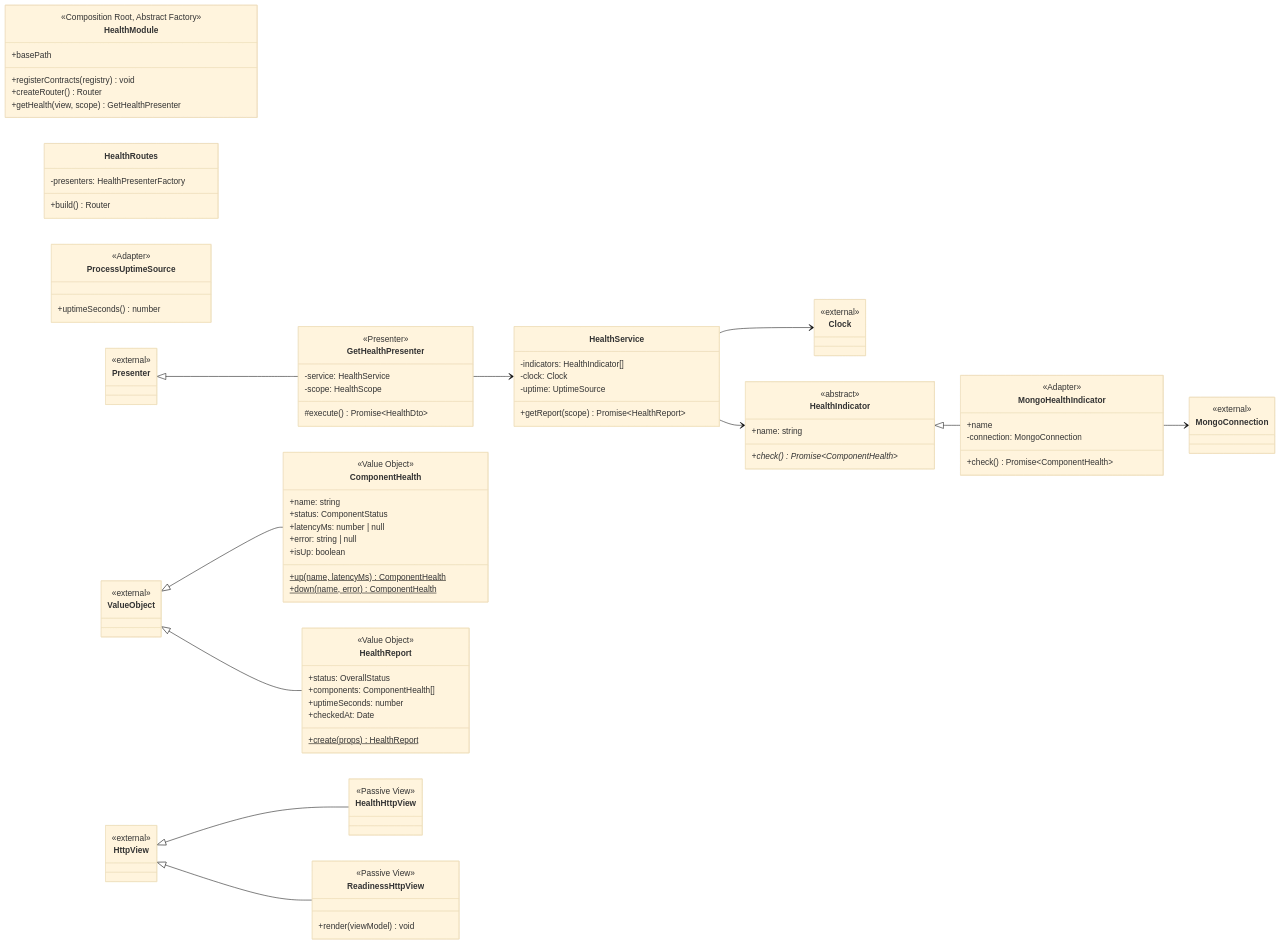
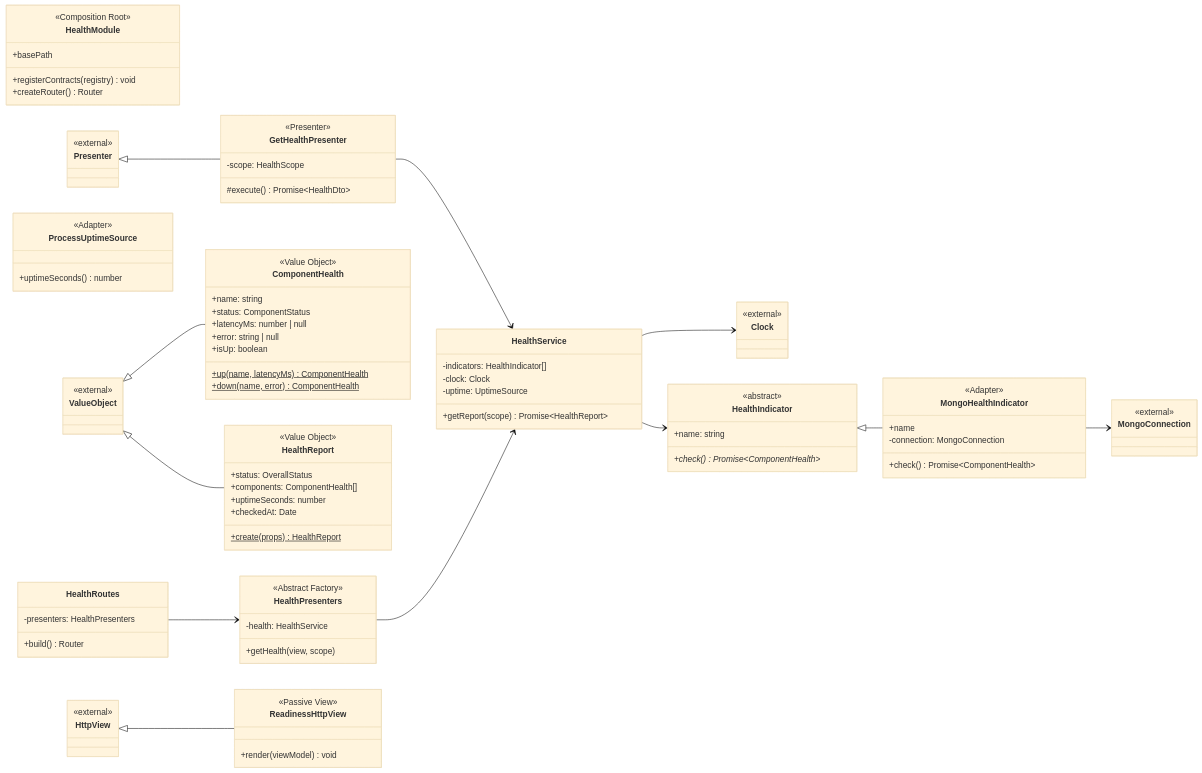
Before and after one commit to Org-Mentora/mentora-diploma: diagram 11 of 16 in docs/architecture/class-diagram.md, drawn with Mermaid (base theme). The commit also changed other lines of this file, not shown here.

Commit message:
docs(architecture): regenerate class diagram

```diff
--- a/docs/architecture/class-diagram.md
+++ b/docs/architecture/class-diagram.md
@@ -2065,12 +2037,8 @@
   }
   class GetHealthPresenter {
     <<Presenter>>
-    -service: HealthService
     -scope: HealthScope
     #execute() Promise~HealthDto~
-  }
-  class HealthHttpView {
-    <<Passive View>>
   }
   class HealthIndicator {
     <<abstract>>
@@ -2078,11 +2046,15 @@
     +check()* Promise~ComponentHealth~
   }
   class HealthModule {
-    <<Composition Root, Abstract Factory>>
+    <<Composition Root>>
     +basePath
     +registerContracts(registry) void
     +createRouter() Router
-    +getHealth(view, scope) GetHealthPresenter
+  }
+  class HealthPresenters {
+    <<Abstract Factory>>
+    -health: HealthService
+    +getHealth(view, scope)
   }
   class HealthReport {
     <<Value Object>>
@@ -2093,7 +2065,7 @@
     +checkedAt: Date
   }
   class HealthRoutes {
-    -presenters: HealthPresenterFactory
+    -presenters: HealthPresenters
     +build() Router
   }
   class HealthService {
@@ -2133,9 +2105,10 @@
   }
   GetHealthPresenter --> HealthService
   HealthIndicator <|-- MongoHealthIndicator
+  HealthPresenters --> HealthService
+  HealthRoutes --> HealthPresenters
   HealthService --> Clock
   HealthService --> HealthIndicator
-  HttpView <|-- HealthHttpView
   HttpView <|-- ReadinessHttpView
   MongoHealthIndicator --> MongoConnection
   Presenter <|-- GetHealthPresenter
```
